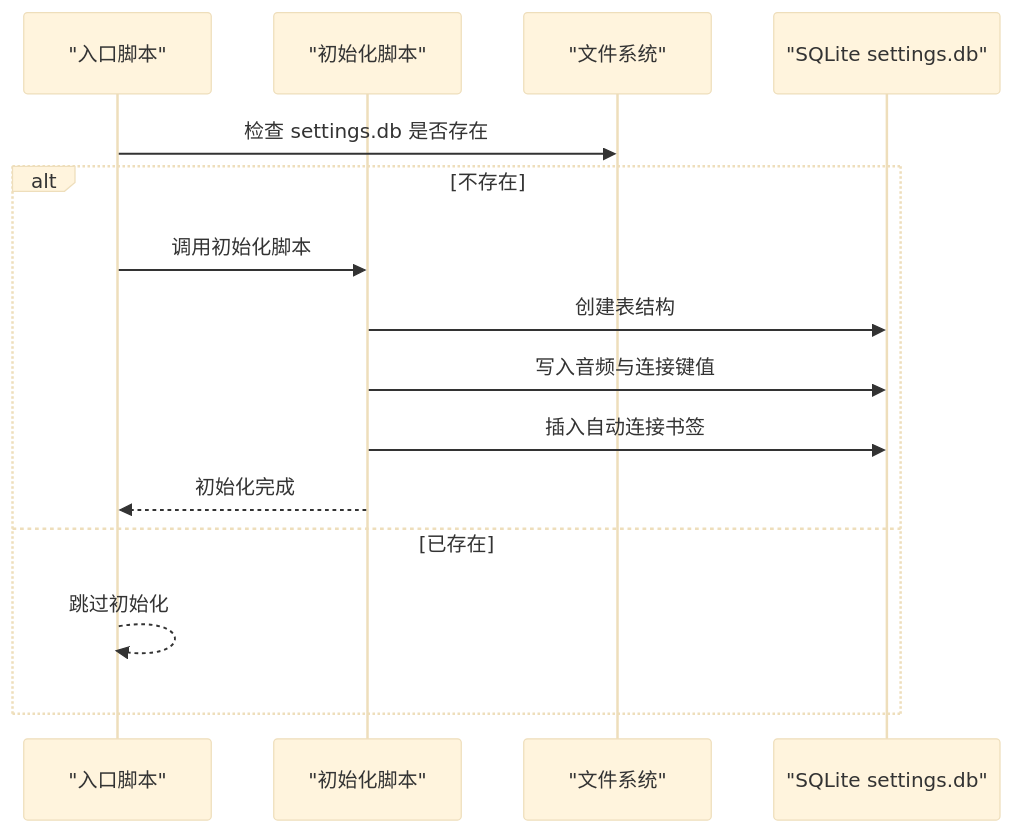
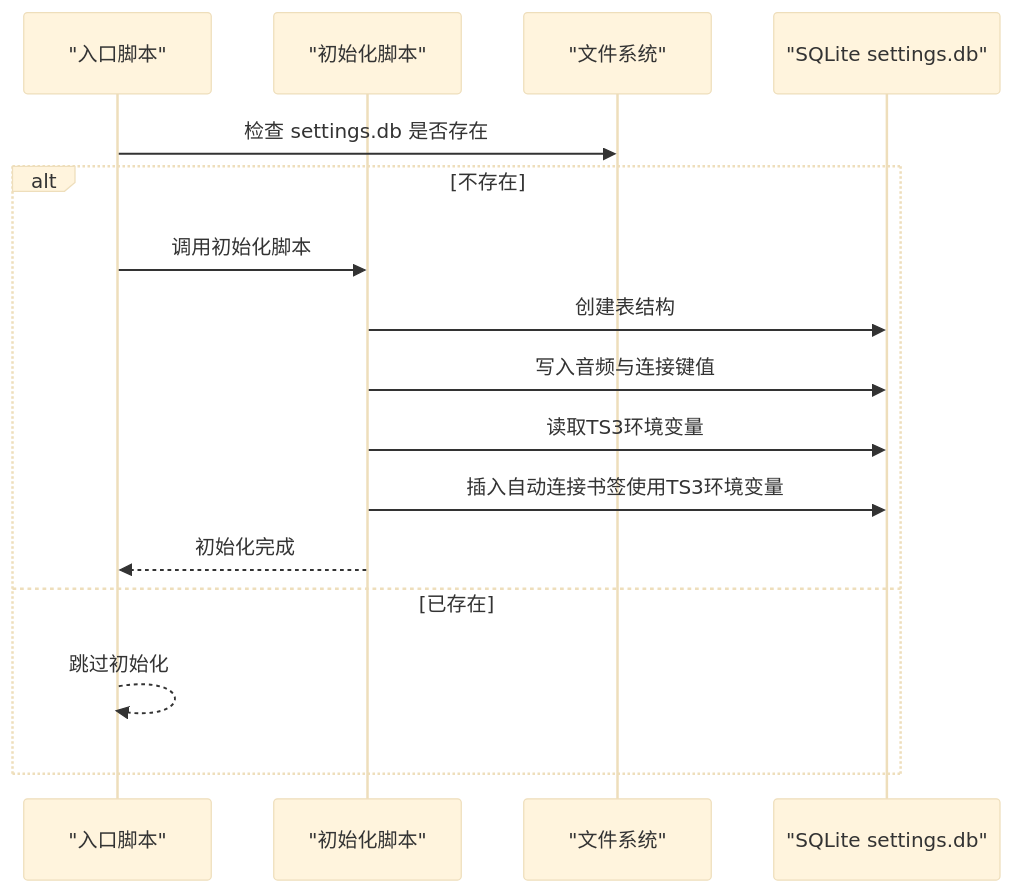
One commit to GhoulOwl/Teamspeak3_Bot changed the sixth of 8 diagrams in .qoder/repowiki/zh/content/部署和运维/环境配置.md. Above: the diagram before and after it, drawn with Mermaid (base theme). The commit also changed other lines of this file and 7 other files, not shown here.

````diff
--- a/.qoder/repowiki/zh/content/部署和运维/环境配置.md
+++ b/.qoder/repowiki/zh/content/部署和运维/环境配置.md
@@ -221,17 +287,18 @@
 ```mermaid
 sequenceDiagram
 participant Entrypoint as "入口脚本"
 participant Init as "初始化脚本"
 participant FS as "文件系统"
 participant DB as "SQLite settings.db"
 Entrypoint->>FS : 检查 settings.db 是否存在
 alt 不存在
 Entrypoint->>Init : 调用初始化脚本
 Init->>DB : 创建表结构
 Init->>DB : 写入音频与连接键值
-Init->>DB : 插入自动连接书签
+Init->>DB : 读取TS3环境变量
+Init->>DB : 插入自动连接书签使用TS3环境变量
 Init-->>Entrypoint : 初始化完成
 else 已存在
 Entrypoint-->>Entrypoint : 跳过初始化
 end
 ```
````
